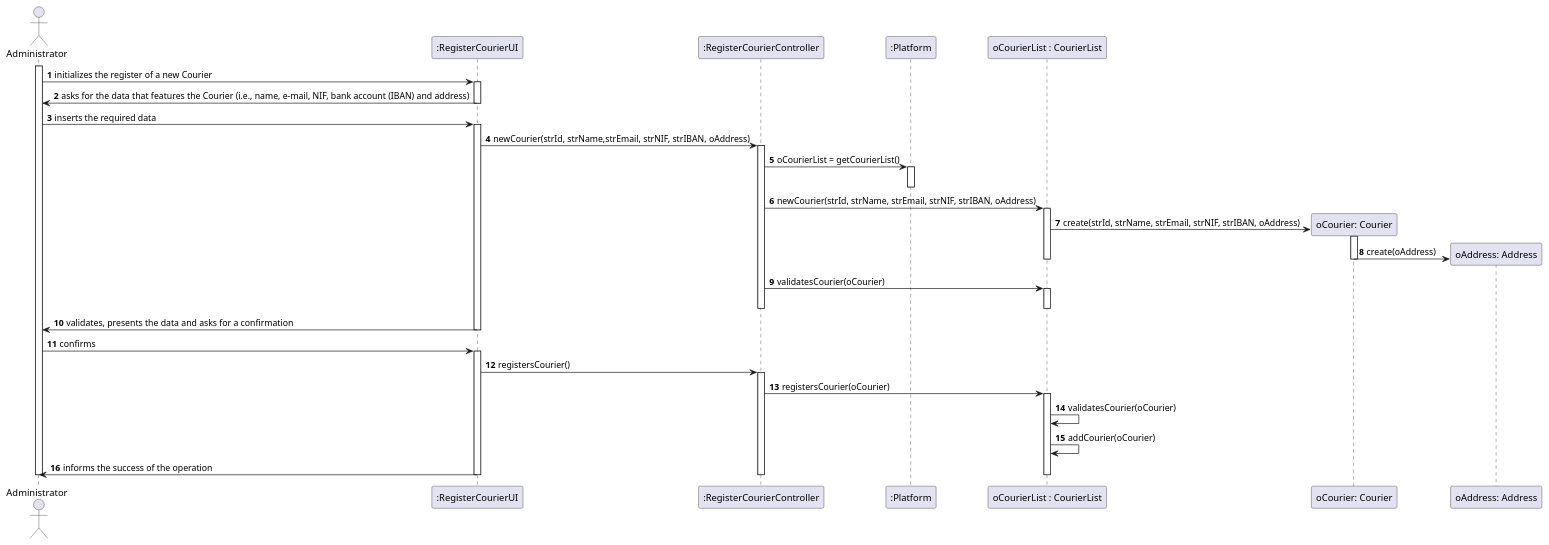
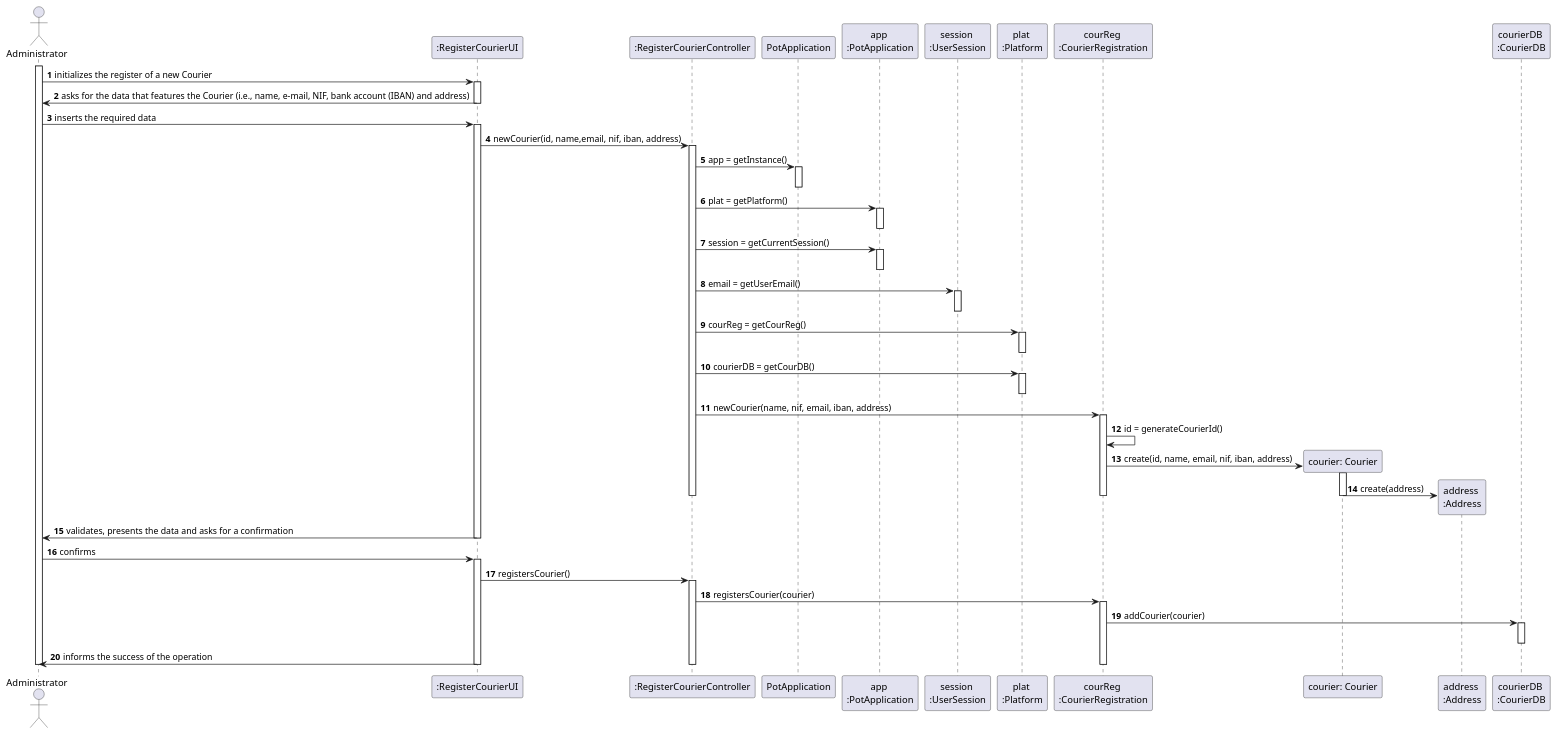
The diagram in docs/Iteration 1/Courier Management/US19_RegisterCourier/US19_SD.puml (tiagoavcosta25/LAPR3), drawn with PlantUML before and after one commit. The commit also changed 3 other files, not shown here.

```diff
--- a/docs/Iteration 1/Courier Management/US19_RegisterCourier/US19_SD.puml
+++ b/docs/Iteration 1/Courier Management/US19_RegisterCourier/US19_SD.puml
@@ -1,60 +1,77 @@
 @startuml
 autonumber
 actor "Administrator" as ADMIN
 
 participant ":RegisterCourierUI" as UI
 participant ":RegisterCourierController" as CTRL
-participant ":Platform" as PLAT
-participant "oCourierList : CourierList" as RF
-participant "oCourier: Courier" as CR
-participant "oAddress: Address" as A
+participant "PotApplication" as PA
+participant "app \n:PotApplication" as APA
+participant "session \n:UserSession" as US
+participant "plat \n:Platform" as PLAT
+participant "courReg \n:CourierRegistration" as RF
+participant "courier: Courier" as CR
+participant "address \n:Address" as AD
+participant "courierDB \n:CourierDB" as DB
 
 
 
 activate ADMIN
 
 ADMIN -> UI : initializes the register of a new Courier
 activate UI
 UI -> ADMIN : asks for the data that features the Courier (i.e., name, e-mail, NIF, bank account (IBAN) and address)
 deactivate UI
 
 ADMIN -> UI : inserts the required data
 activate UI
-UI -> CTRL : newCourier(strId, strName,strEmail, strNIF, strIBAN, oAddress)
+UI -> CTRL : newCourier(id, name,email, nif, iban, address)
 activate CTRL
-CTRL -> PLAT : oCourierList = getCourierList()
+CTRL -> PA : app = getInstance()
+activate PA
+deactivate PA
+CTRL -> APA : plat = getPlatform()
+activate APA
+deactivate APA
+CTRL -> APA : session = getCurrentSession()
+activate APA
+deactivate APA
+CTRL -> US : email = getUserEmail()
+activate US
+deactivate US
+CTRL -> PLAT : courReg = getCourReg()
 activate PLAT
 deactivate PLAT
-CTRL -> RF : newCourier(strId, strName, strEmail, strNIF, strIBAN, oAddress)
+CTRL -> PLAT : courierDB = getCourDB()
+activate PLAT
+deactivate PLAT
+CTRL -> RF : newCourier(name, nif, email, iban, address)
 activate RF
-RF -> CR** : create(strId, strName, strEmail, strNIF, strIBAN, oAddress)
+RF -> RF : id = generateCourierId()
+RF -> CR ** : create(id, name, email, nif, iban, address)
 activate CR
-CR -> A** : create(oAddress)
+CR -> AD** : create(address)
 deactivate CR
-deactivate RF
-
-CTRL -> RF : validatesCourier(oCourier)
-activate RF
 deactivate RF
 deactivate CTRL
 
 
 UI -> ADMIN : validates, presents the data and asks for a confirmation
 deactivate UI
 
 ADMIN -> UI : confirms
 activate UI
 UI -> CTRL : registersCourier()
 activate CTRL
-CTRL -> RF : registersCourier(oCourier)
+CTRL -> RF : registersCourier(courier)
 activate RF
-RF -> RF : validatesCourier(oCourier)
-RF -> RF : addCourier(oCourier)
+RF -> DB : addCourier(courier)
+activate DB
+deactivate DB
 UI -> ADMIN : informs the success of the operation
 deactivate RF
 deactivate CTRL
 deactivate UI
 
 deactivate ADMIN
 
 @enduml
```
